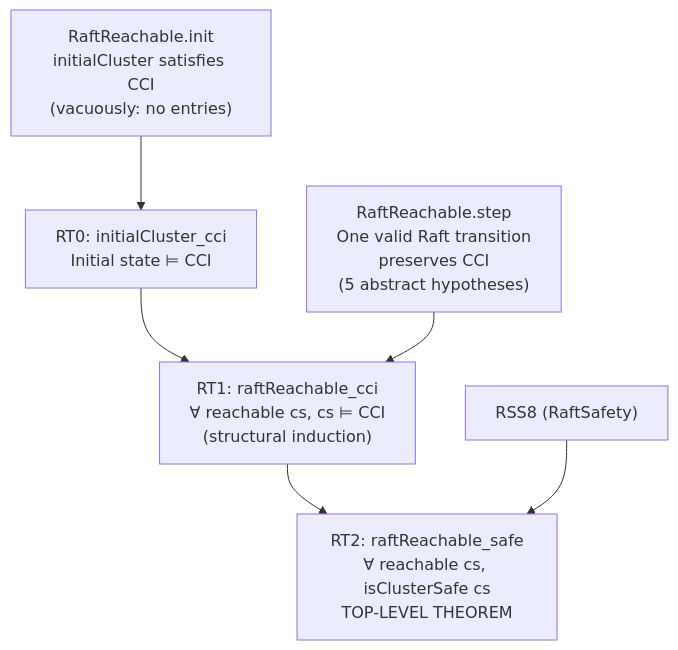
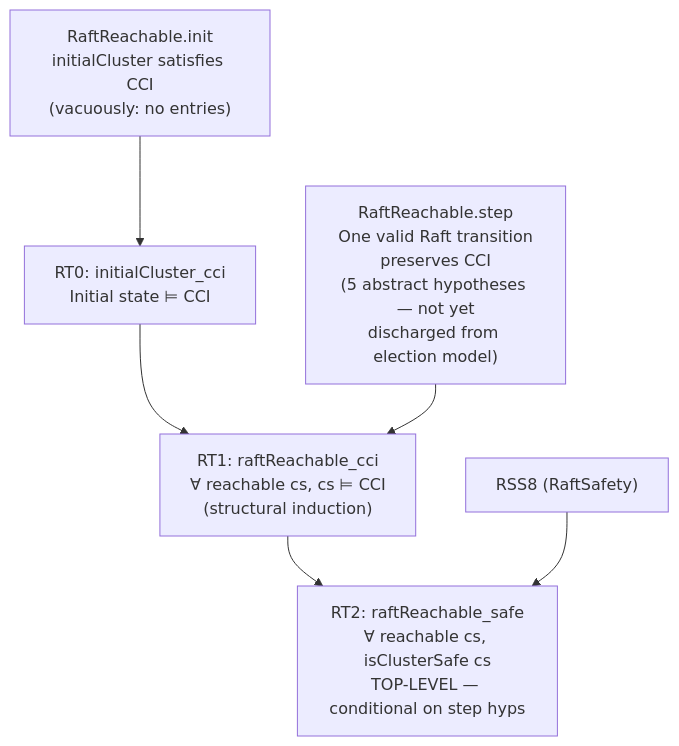
One commit to dsyme/fv-squad changed the seventh of 10 diagrams in formal-verification/REPORT.md. Above: the diagram before and after it, drawn with Mermaid. The commit also changed other lines of this file and 2 other files, not shown here.

````diff
--- a/formal-verification/REPORT.md
+++ b/formal-verification/REPORT.md
@@ -163,14 +204,14 @@
 ```mermaid
 graph TD
     INIT["RaftReachable.init<br/>initialCluster satisfies CCI<br/>(vacuously: no entries)"]
-    STEP["RaftReachable.step<br/>One valid Raft transition<br/>preserves CCI<br/>(5 abstract hypotheses)"]
+    STEP["RaftReachable.step<br/>One valid Raft transition<br/>preserves CCI<br/>(5 abstract hypotheses — not yet\ndischarged from election model)"]
     RT0["RT0: initialCluster_cci<br/>Initial state ⊨ CCI"]
     RT1["RT1: raftReachable_cci<br/>∀ reachable cs, cs ⊨ CCI<br/>(structural induction)"]
-    RT2["RT2: raftReachable_safe<br/>∀ reachable cs, isClusterSafe cs<br/>TOP-LEVEL THEOREM"]
+    RT2["RT2: raftReachable_safe<br/>∀ reachable cs, isClusterSafe cs<br/>TOP-LEVEL — conditional on step hyps"]
 
     INIT --> RT0
     RT0 --> RT1
     STEP --> RT1
     RT1 --> RT2
     RSS8_2["RSS8 (RaftSafety)"] --> RT2
 ```
````
